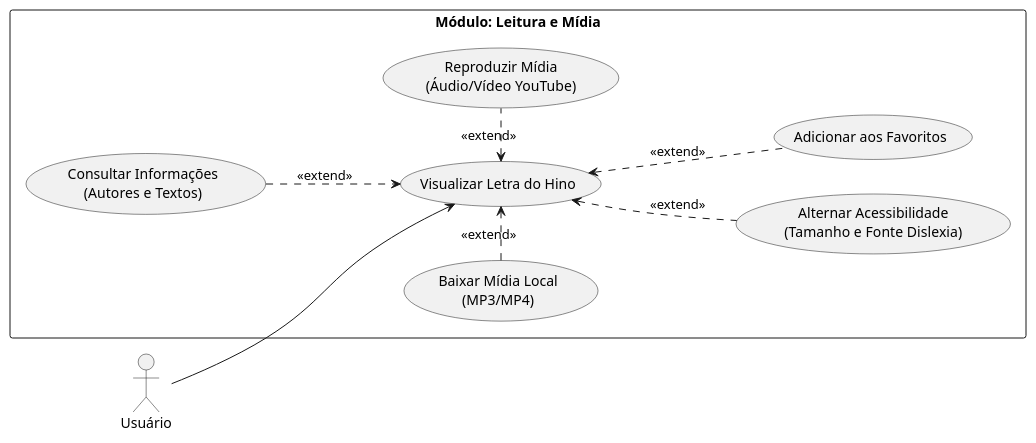
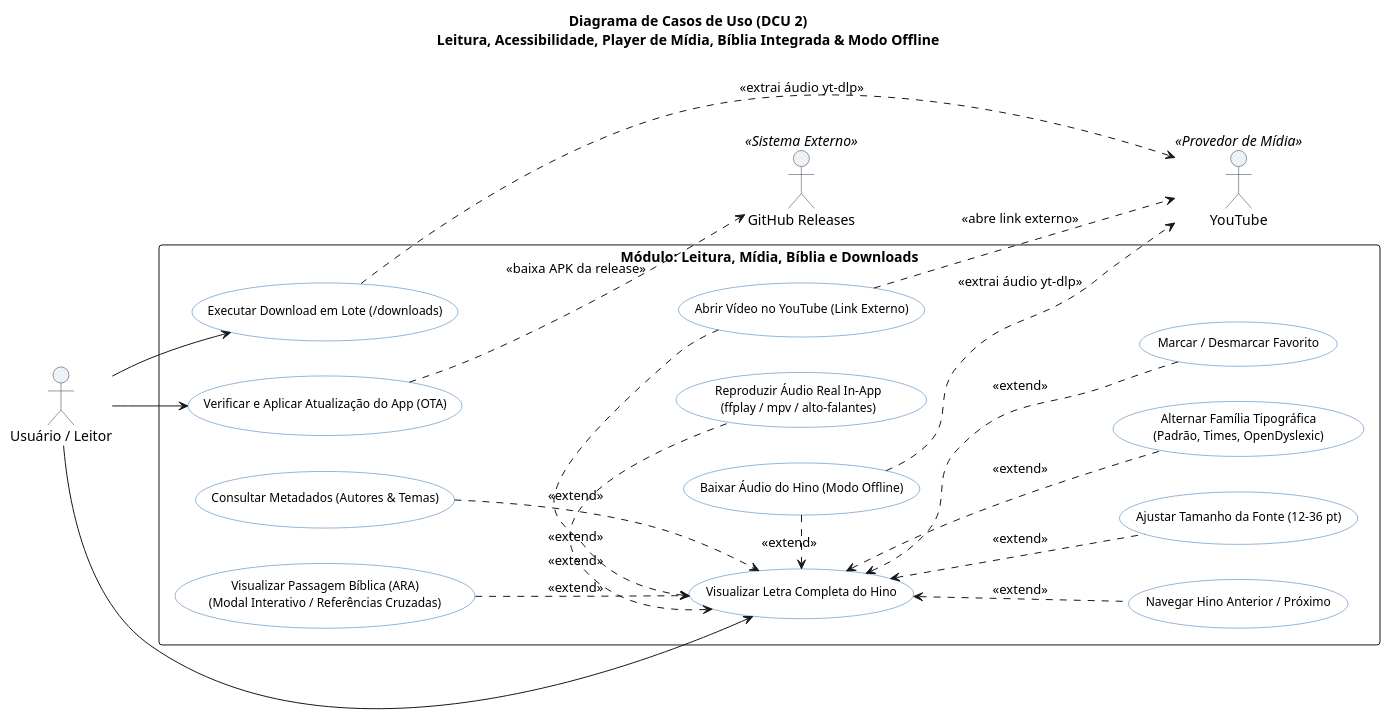
The diagram in Docs/DCU2.puml (Lucas2Araujo/NHA_Intel), drawn with PlantUML before and after one commit. The commit also changed 29 other files, not shown here.

```diff
--- a/Docs/DCU2.puml
+++ b/Docs/DCU2.puml
@@ -1,25 +1,75 @@
-@startuml
+@startuml DCU2
+' ==============================================================================
+' Diagrama de Casos de Uso 2 (DCU2) — Leitura, Mídia, Bíblia ARA, Downloads & OTA
+' ==============================================================================
+
 left to right direction
 skinparam packageStyle rectangle
+skinparam roundcorner 6
+skinparam shadowing false
 
-actor "Usuário" as User
+skinparam usecase {
+  BackgroundColor #FFFFFF
+  BorderColor #2B6CB0
+  FontName "Segoe UI, Arial, SansSerif"
+  FontSize 12
+}
 
-rectangle "Módulo: Leitura e Mídia" {
+skinparam actor {
+  BackgroundColor #EDF2F7
+  BorderColor #2D3748
+  FontName "Segoe UI, Arial, SansSerif"
+}
+
+title <b>Diagrama de Casos de Uso (DCU 2)</b>\nLeitura, Acessibilidade, Player de Mídia, Bíblia Integrada & Modo Offline
+
+actor "Usuário / Leitor" as User
+actor "GitHub Releases" as GitHub <<Sistema Externo>>
+actor "YouTube" as YouTube <<Provedor de Mídia>>
+
+rectangle "Módulo: Leitura, Mídia, Bíblia e Downloads" {
   
-  usecase "Visualizar Letra do Hino" as UC_Visualizar
+  ' Ações de Leitura e Acessibilidade
+  usecase "Visualizar Letra Completa do Hino" as UC_Visualizar
+  usecase "Ajustar Tamanho da Fonte (12–36 pt)" as UC_TamFonte
+  usecase "Alternar Família Tipográfica\n(Padrão, Times, OpenDyslexic)" as UC_FonteDislexia
+  usecase "Marcar / Desmarcar Favorito" as UC_Favoritar
+  usecase "Navegar Hino Anterior / Próximo" as UC_NavegacaoHinos
   
-  usecase "Alternar Acessibilidade\n(Tamanho e Fonte Dislexia)" as UC_Acessibilidade
-  usecase "Adicionar aos Favoritos" as UC_Favoritar
-  usecase "Reproduzir Mídia\n(Áudio/Vídeo YouTube)" as UC_Play
-  usecase "Baixar Mídia Local\n(MP3/MP4)" as UC_Download
-  usecase "Consultar Informações\n(Autores e Textos)" as UC_Info
+  ' Ações Bíblicas e Metadados
+  usecase "Consultar Metadados (Autores & Temas)" as UC_Info
+  usecase "Visualizar Passagem Bíblica (ARA)\n(Modal Interativo / Referências Cruzadas)" as UC_BibliaModal
   
+  ' Ações de Mídia e Downloads
+  usecase "Reproduzir Áudio Real In-App\n(ffplay / mpv / alto-falantes)" as UC_PlayAudio
+  usecase "Abrir Vídeo no YouTube (Link Externo)" as UC_PlayVideo
+  usecase "Baixar Áudio do Hino (Modo Offline)" as UC_DownloadUnico
+  usecase "Executar Download em Lote (/downloads)" as UC_DownloadLote
+  
+  ' Atualizações do Sistema
+  usecase "Verificar e Aplicar Atualização do App (OTA)" as UC_OTA
+
+  ' Relações com o Usuário
   User --> UC_Visualizar
-  
-  UC_Acessibilidade .up.> UC_Visualizar : <<extend>>
+  User --> UC_DownloadLote
+  User --> UC_OTA
+
+  ' Extensões da Visualização do Hino
+  UC_TamFonte .up.> UC_Visualizar : <<extend>>
+  UC_FonteDislexia .up.> UC_Visualizar : <<extend>>
   UC_Favoritar .up.> UC_Visualizar : <<extend>>
-  UC_Play .left.> UC_Visualizar : <<extend>>
-  UC_Download .right.> UC_Visualizar : <<extend>>
+  UC_NavegacaoHinos .up.> UC_Visualizar : <<extend>>
   UC_Info .down.> UC_Visualizar : <<extend>>
+  UC_BibliaModal .down.> UC_Visualizar : <<extend>>
+  UC_PlayAudio .left.> UC_Visualizar : <<extend>>
+  UC_PlayVideo .left.> UC_Visualizar : <<extend>>
+  UC_DownloadUnico .right.> UC_Visualizar : <<extend>>
+
+  ' Comunicação com Sistemas Externos
+  UC_PlayVideo ..> YouTube : <<abre link externo>>
+  UC_DownloadUnico ..> YouTube : <<extrai áudio yt-dlp>>
+  UC_DownloadLote ..> YouTube : <<extrai áudio yt-dlp>>
+  UC_OTA ..> GitHub : <<baixa APK da release>>
 }
+
 @enduml
```
